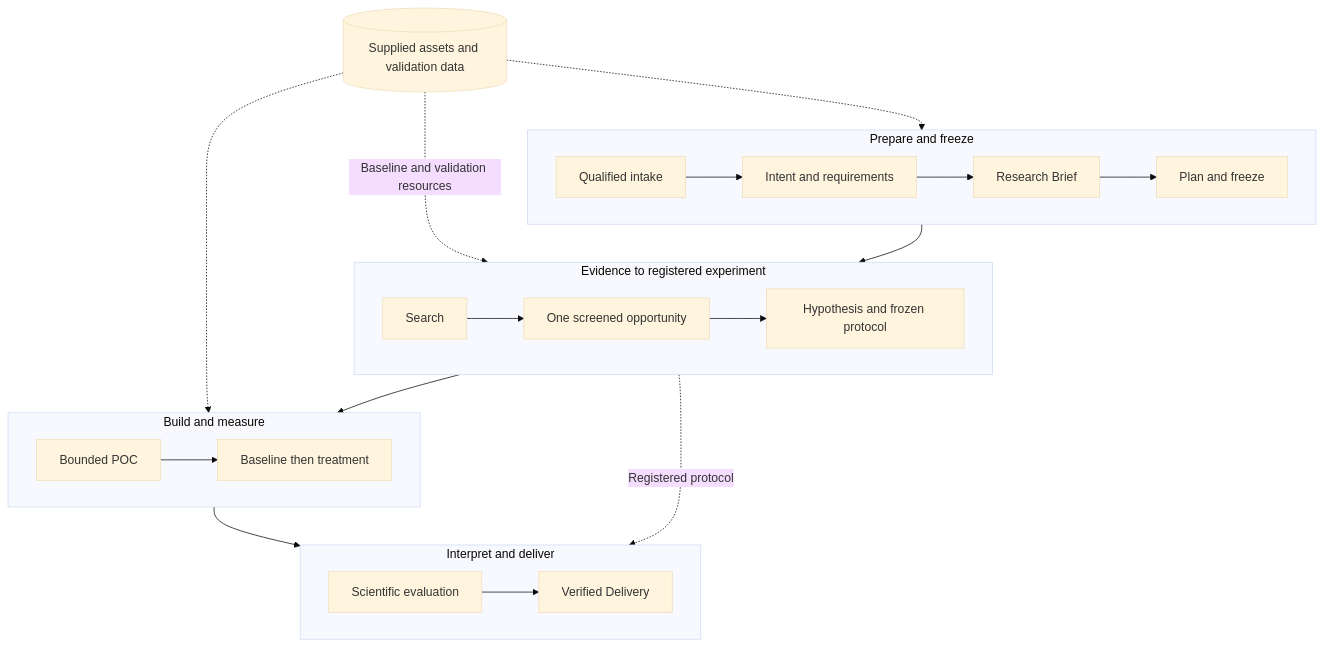
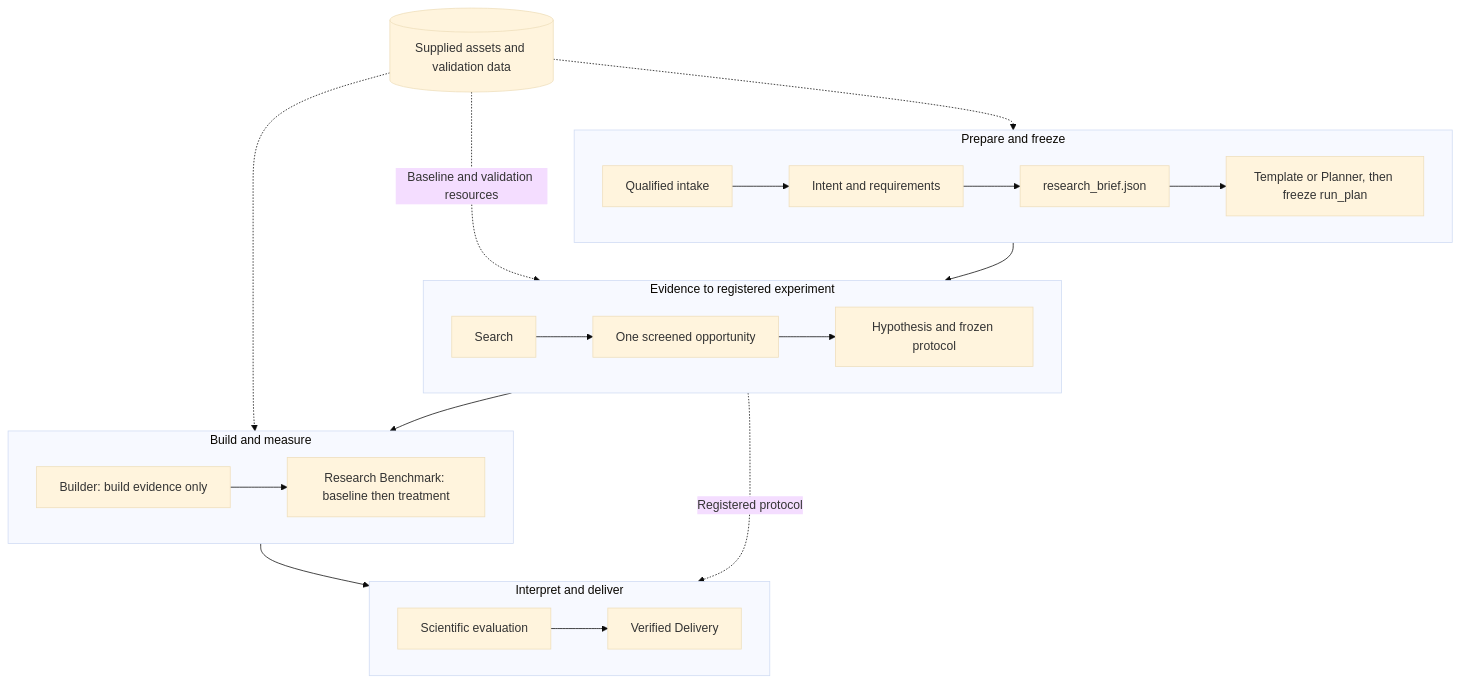
Before and after one commit to Stellven/jiuwenswarm: the first of 2 diagrams in docs/architecture/design-package/research-design.md, drawn with Mermaid (base theme). The commit also changed other lines of this file and 86 other files, not shown here.

Commit message:
docs: fix stale diagrams and matching prose; re-render all views

````diff
--- a/docs/architecture/design-package/research-design.md
+++ b/docs/architecture/design-package/research-design.md
@@ -27,24 +27,24 @@
 ```mermaid
 flowchart TB
     subgraph Prep[Prepare and freeze]
         direction LR
-        I[Qualified intake] --> C[Intent and requirements] --> B[Research Brief] --> P[Plan and freeze]
+        I[Qualified intake] --> C[Intent and requirements] --> B[research_brief.json] --> P[Template or Planner, then freeze run_plan]
     end
     subgraph Research[Evidence to registered experiment]
         direction LR
         S[Search] --> O[One screened opportunity] --> H[Hypothesis and frozen protocol]
     end
     subgraph Execution[Build and measure]
         direction LR
-        K[Bounded POC] --> M[Baseline then treatment]
+        K[Builder: build evidence only] --> M[Research Benchmark: baseline then treatment]
     end
     subgraph Conclusion[Interpret and deliver]
         direction LR
         E[Scientific evaluation] --> D[Verified Delivery]
     end
     Prep --> Research --> Execution --> Conclusion
     R[(Supplied assets and validation data)] -.-> Prep
     R -.->|Baseline and validation resources| H
     R -.-> Execution
     Research -.->|Registered protocol| Conclusion
 ```
````
